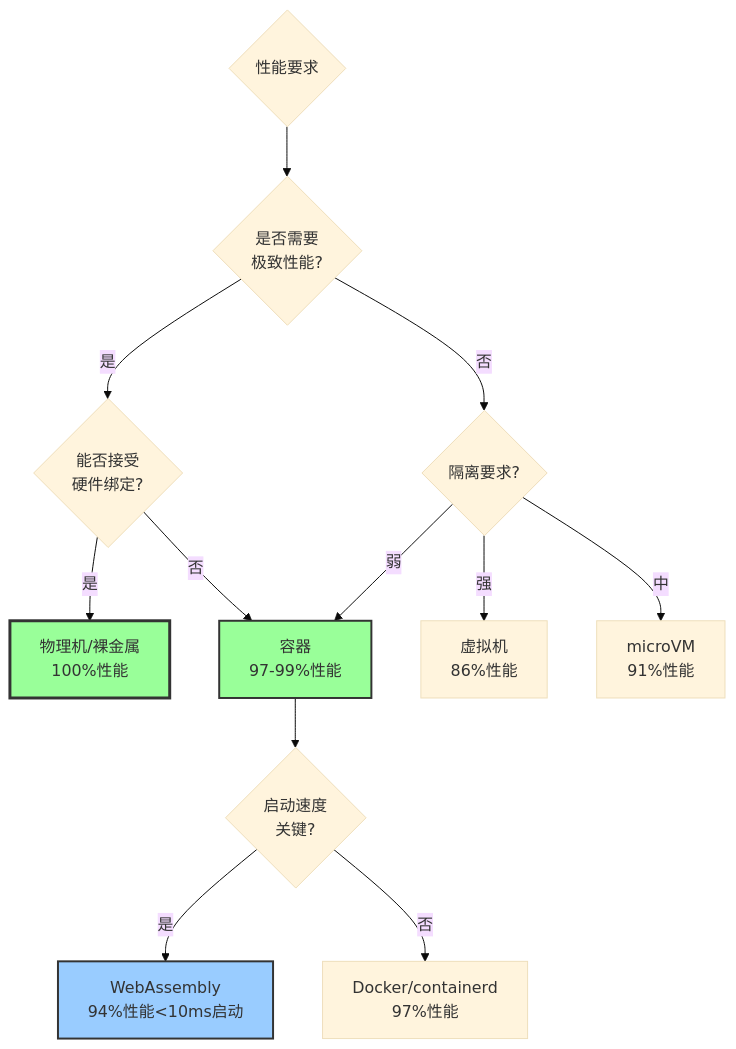
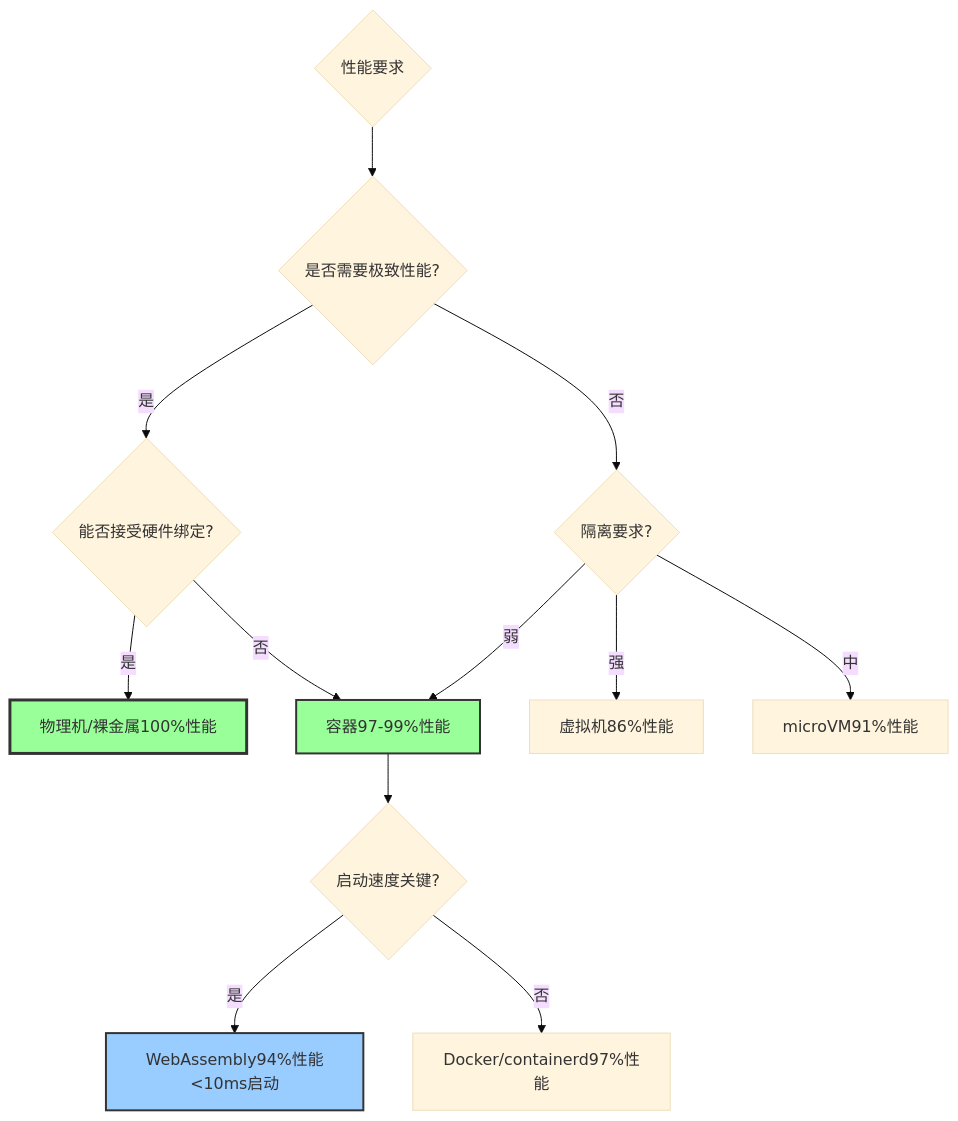
The seventh of 7 diagrams in formal_container/09_多维度矩阵分析/02_性能对比矩阵_深度分析_2025.md (AdaMartin18010/vShpere_Docker), drawn with Mermaid (base theme) before and after one commit. The commit also changed other lines of this file and 7 other files, not shown here.

````diff
--- a/formal_container/09_多维度矩阵分析/02_性能对比矩阵_深度分析_2025.md
+++ b/formal_container/09_多维度矩阵分析/02_性能对比矩阵_深度分析_2025.md
@@ -728,22 +739,22 @@
 ```mermaid
 graph TD
-    Start{性能要求} --> Q1{是否需要<br/>极致性能?}
+    Start{性能要求} --> Q1{是否需要极致性能?}
     
-    Q1 -->|是| Q2{能否接受<br/>硬件绑定?}
+    Q1 -->|是| Q2{能否接受硬件绑定?}
     Q1 -->|否| Q3{隔离要求?}
     
-    Q2 -->|是| Physical[物理机/裸金属<br/>100%性能]
-    Q2 -->|否| Container[容器<br/>97-99%性能]
+    Q2 -->|是| Physical[物理机/裸金属100%性能]
+    Q2 -->|否| Container[容器97-99%性能]
     
-    Q3 -->|强| VM[虚拟机<br/>86%性能]
-    Q3 -->|中| MicroVM[microVM<br/>91%性能]
+    Q3 -->|强| VM[虚拟机86%性能]
+    Q3 -->|中| MicroVM[microVM91%性能]
     Q3 -->|弱| Container
     
-    Container --> C1{启动速度<br/>关键?}
-    C1 -->|是| Wasm[WebAssembly<br/>94%性能<10ms启动]
-    C1 -->|否| Docker[Docker/containerd<br/>97%性能]
+    Container --> C1{启动速度关键?}
+    C1 -->|是| Wasm[WebAssembly94%性能<10ms启动]
+    C1 -->|否| Docker[Docker/containerd97%性能]
     
     style Physical fill:#9f9,stroke:#333,stroke-width:3px
     style Container fill:#9f9,stroke:#333,stroke-width:2px
     style Wasm fill:#9cf,stroke:#333,stroke-width:2px
 ```
````
